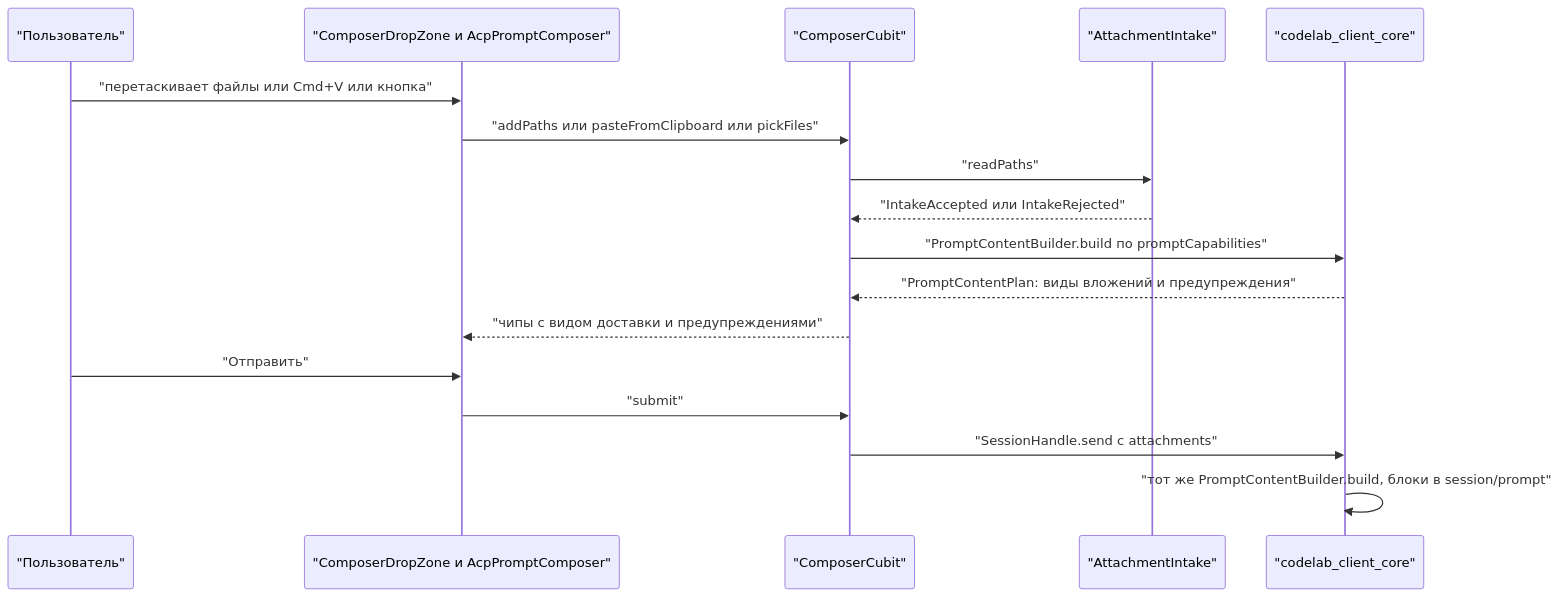
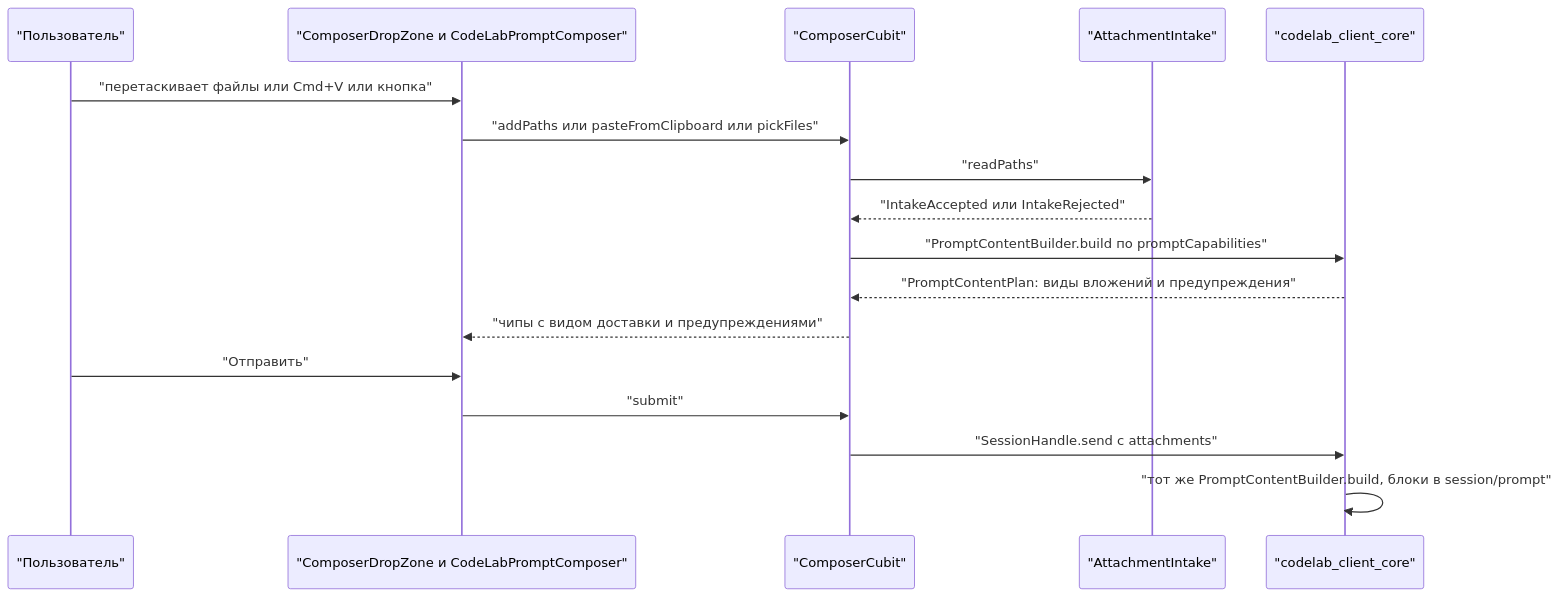
One commit to pese-git/codelab-app changed the third of 3 diagrams in docs/architecture/proposals/dart-agent-and-clients/12-3-desktop-display.md. Above: the diagram before and after it, drawn with Mermaid. The commit also changed other lines of this file and 108 other files, not shown here.

First line of the commit message:
refactor(codelab_ui): префикс виджетов Acp → CodeLab (ADR-0002, Decision §5)

````diff
--- a/docs/architecture/proposals/dart-agent-and-clients/12-3-desktop-display.md
+++ b/docs/architecture/proposals/dart-agent-and-clients/12-3-desktop-display.md
@@ -462,19 +462,19 @@
 ```mermaid
 sequenceDiagram
     participant U as "Пользователь"
-    participant Z as "ComposerDropZone и AcpPromptComposer"
+    participant Z as "ComposerDropZone и CodeLabPromptComposer"
     participant C as "ComposerCubit"
     participant I as "AttachmentIntake"
     participant K as "codelab_client_core"
     U->>Z: "перетаскивает файлы или Cmd+V или кнопка"
     Z->>C: "addPaths или pasteFromClipboard или pickFiles"
     C->>I: "readPaths"
     I-->>C: "IntakeAccepted или IntakeRejected"
     C->>K: "PromptContentBuilder.build по promptCapabilities"
     K-->>C: "PromptContentPlan: виды вложений и предупреждения"
     C-->>Z: "чипы с видом доставки и предупреждениями"
     U->>Z: "Отправить"
     Z->>C: "submit"
     C->>K: "SessionHandle.send с attachments"
     K->>K: "тот же PromptContentBuilder.build, блоки в session/prompt"
 ```
````
